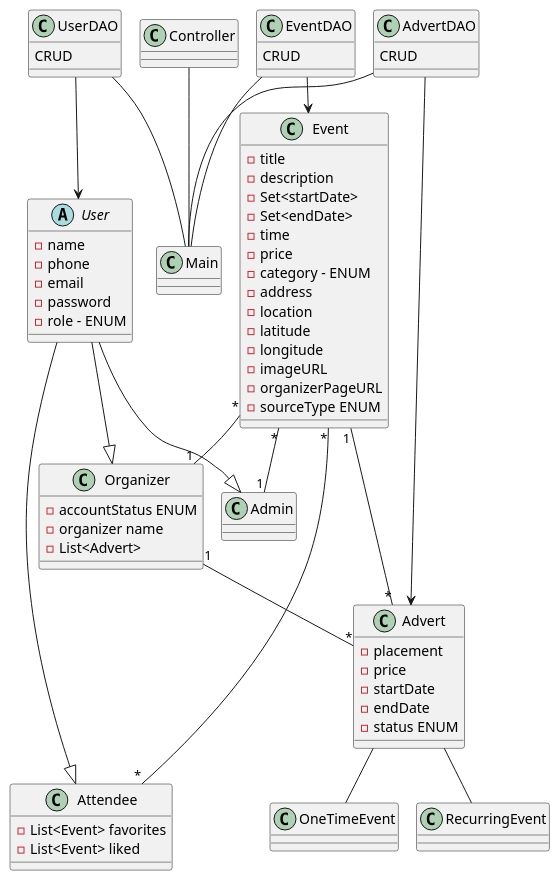
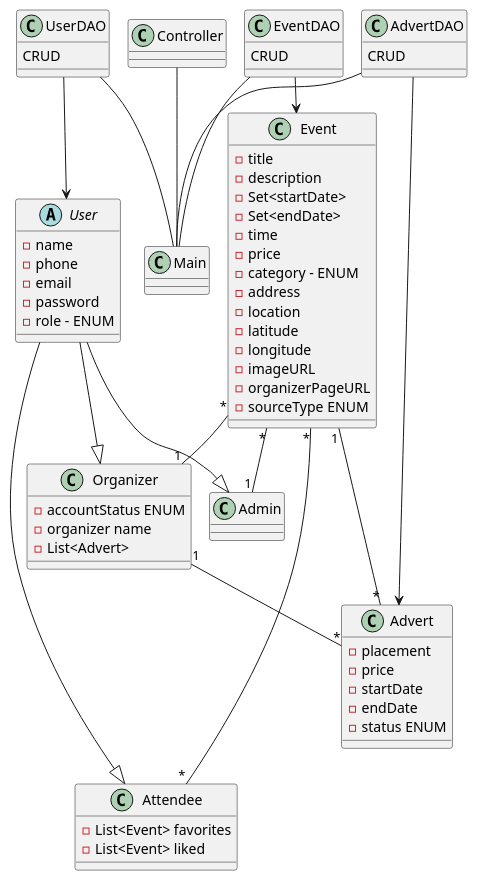
The diagram in docs/classDiagram.puml (Tajan92/seeCphBackendAPI), drawn with PlantUML before and after one commit. The commit also changed 5 other files, not shown here.

```diff
--- a/docs/classDiagram.puml
+++ b/docs/classDiagram.puml
@@ -1,81 +1,79 @@
 @startuml
 !pragma layout smetana
 'https://plantuml.com/class-diagram
 class Main{}
 abstract class User{
 - name
 - phone
 - email
 - password
 - role - ENUM
 }
 class Organizer{
 - accountStatus ENUM
 - organizer name
 - List<Advert>
 
 }
 class Admin{}
 class Attendee{
 - List<Event> favorites
 - List<Event> liked
 }
 
 User --|> Organizer
 User --|> Admin
 User --|> Attendee
 
 class Event {
 - title
 - description
 - Set<startDate>
 - Set<endDate>
 - time
 - price
 - category - ENUM
 - address
 - location
 - latitude
 - longitude
 - imageURL
 - organizerPageURL
 - sourceType ENUM
 }
 
 Event "*"----"*" Attendee
 Event "*"--"1" Admin
 Event "*"--"1" Organizer
 Event "1"--"*" Advert
 
 class Advert{
 - placement
 - price
 - startDate
 - endDate
 - status ENUM
 }
-Advert -- RecurringEvent
-Advert -- OneTimeEvent
 Organizer "1" -- "*" Advert
 class Controller{}
 Controller -- Main
 class EventDAO{
 CRUD
 }
 EventDAO --> Event
 EventDAO -- Main
 
 class UserDAO{
 CRUD
 }
 UserDAO --> User
 UserDAO -- Main
 
 class AdvertDAO{
 CRUD
 }
 AdvertDAO --> Advert
 AdvertDAO -- Main
 
 
 @enduml
```
